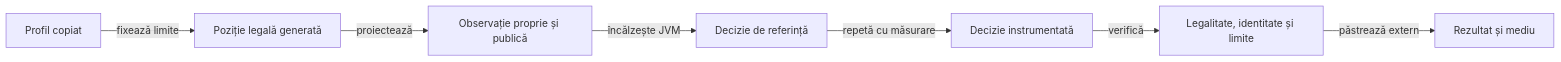
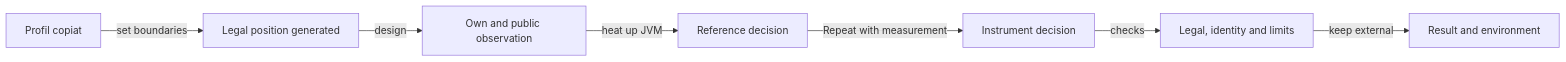
Before and after one commit to crististefanita/atf_j4: the diagram in docs/ai/ATF_CostQualification.md, drawn with Mermaid. The commit also changed other lines of this file and 122 other files, not shown here.

````diff
--- a/docs/ai/ATF_CostQualification.md
+++ b/docs/ai/ATF_CostQualification.md
@@ -18,9 +18,9 @@
 ```mermaid
 flowchart LR
-    PROFILE[Profil copiat] -->|fixează limite| FIXTURE[Poziție legală generată]
-    FIXTURE -->|proiectează| PUBLIC[Observație proprie și publică]
-    PUBLIC -->|încălzește JVM| WARMUP[Decizie de referință]
-    WARMUP -->|repetă cu măsurare| MEASURE[Decizie instrumentată]
-    MEASURE -->|verifică| CHECK[Legalitate, identitate și limite]
-    CHECK -->|păstrează extern| RESULT[Rezultat și mediu]
+    PROFILE[Profil copiat] -->|set boundaries| FIXTURE[Legal position generated]
+    FIXTURE -->|design| PUBLIC[Own and public observation]
+    PUBLIC -->|heat up JVM| WARMUP[Reference decision]
+    WARMUP -->|Repeat with measurement| MEASURE[Instrument decision]
+    MEASURE -->|checks| CHECK[Legal, identity and limits]
+    CHECK -->|keep external| RESULT[Result and environment]
 ```
````
